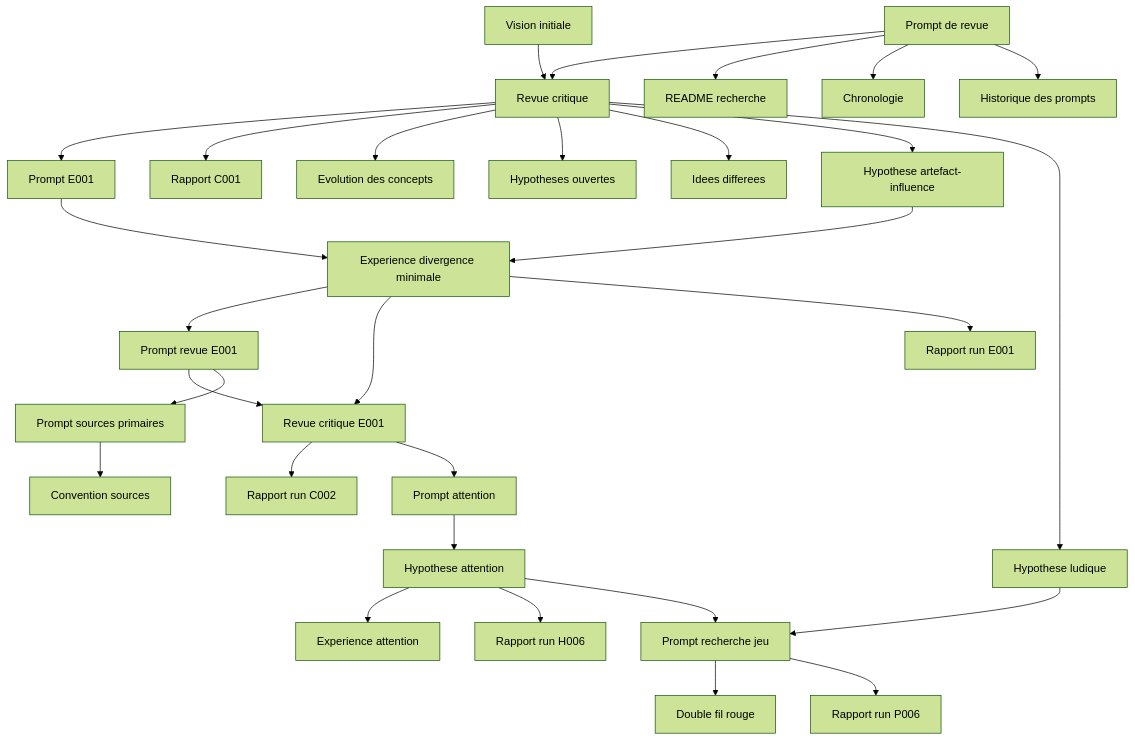
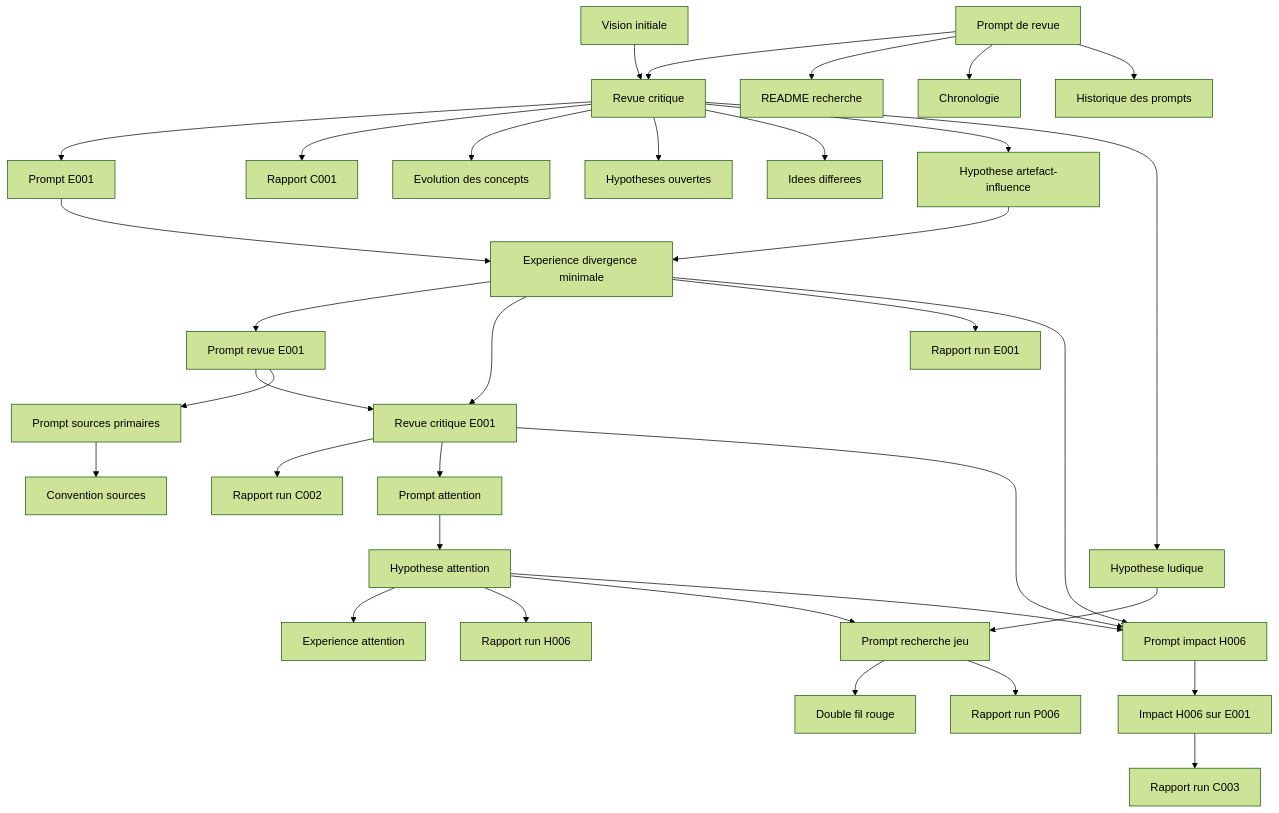
Before and after one commit to gotoo77/palimpsest: the diagram in docs/research/artifact-provenance.md, drawn with Mermaid (forest theme). The commit also changed other lines of this file and 7 other files, not shown here.

````diff
--- a/docs/research/artifact-provenance.md
+++ b/docs/research/artifact-provenance.md
@@ -286,60 +319,68 @@
 ```mermaid
 graph TD
     P001[Prompt de revue]
     D001[Vision initiale]
     P002[Prompt E001]
     P003[Prompt revue E001]
     P004[Prompt sources primaires]
     P005[Prompt attention]
     P006[Prompt recherche jeu]
+    P007[Prompt impact H006]
     C001[Revue critique]
     C002[Revue critique E001]
+    C003[Impact H006 sur E001]
     D002[README recherche]
     D003[Chronologie]
     D004[Historique des prompts]
     D005[Evolution des concepts]
     D006[Hypotheses ouvertes]
     D007[Idees differees]
     D008[Convention sources]
     D009[Double fil rouge]
     RP001[Rapport C001]
     RP002[Rapport run E001]
     RP003[Rapport run C002]
     RP004[Rapport run H006]
     RP005[Rapport run P006]
+    RP006[Rapport run C003]
     H001[Hypothese artefact-influence]
     H003[Hypothese ludique]
     H006[Hypothese attention]
     E001[Experience divergence minimale]
     E004[Experience attention]
 
     P001 --> C001
     D001 --> C001
     C001 --> P002
     P002 --> E001
     E001 --> P003
     P003 --> C002
     E001 --> C002
     P003 --> P004
     P004 --> D008
     C001 --> RP001
     E001 --> RP002
     C002 --> RP003
     C002 --> P005
     P005 --> H006
     H006 --> E004
     H006 --> RP004
     H006 --> P006
     H003 --> P006
     P006 --> D009
     P006 --> RP005
+    H006 --> P007
+    E001 --> P007
+    C002 --> P007
+    P007 --> C003
+    C003 --> RP006
     P001 --> D002
     P001 --> D003
     P001 --> D004
     C001 --> D005
     C001 --> D006
     C001 --> D007
     C001 --> H001
     C001 --> H003
     H001 --> E001
 ```
````
